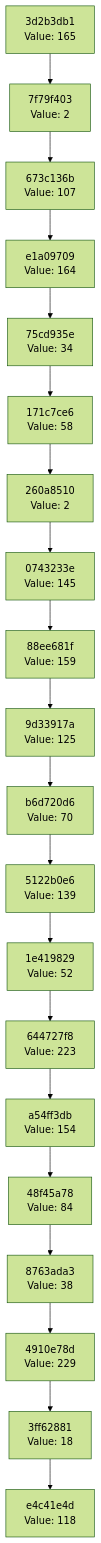
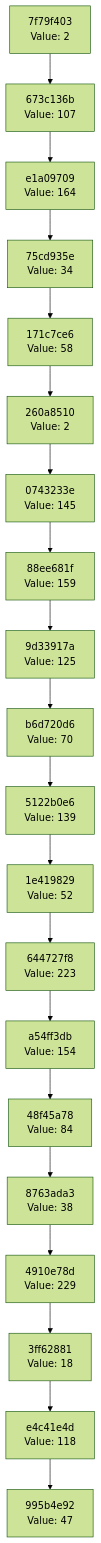
The diagram in docs/CHAIN_VISUALIZATION.md (Abhisheksinha1506/hash-chain-evolver), drawn with Mermaid (forest theme) before and after one commit. The commit also changed 2 other files, not shown here.

Commit message:
Evolution Step

````diff
--- a/docs/CHAIN_VISUALIZATION.md
+++ b/docs/CHAIN_VISUALIZATION.md
@@ -3,42 +3,42 @@
 ```mermaid
 graph TD
-    C0["e4c41e4d<br/>Value: 118"]
-    C1["3ff62881<br/>Value: 18"]
+    C0["995b4e92<br/>Value: 47"]
+    C1["e4c41e4d<br/>Value: 118"]
     C1 --> C0
-    C2["4910e78d<br/>Value: 229"]
+    C2["3ff62881<br/>Value: 18"]
     C2 --> C1
-    C3["8763ada3<br/>Value: 38"]
+    C3["4910e78d<br/>Value: 229"]
     C3 --> C2
-    C4["48f45a78<br/>Value: 84"]
+    C4["8763ada3<br/>Value: 38"]
     C4 --> C3
-    C5["a54ff3db<br/>Value: 154"]
+    C5["48f45a78<br/>Value: 84"]
     C5 --> C4
-    C6["644727f8<br/>Value: 223"]
+    C6["a54ff3db<br/>Value: 154"]
     C6 --> C5
-    C7["1e419829<br/>Value: 52"]
+    C7["644727f8<br/>Value: 223"]
     C7 --> C6
-    C8["5122b0e6<br/>Value: 139"]
+    C8["1e419829<br/>Value: 52"]
     C8 --> C7
-    C9["b6d720d6<br/>Value: 70"]
+    C9["5122b0e6<br/>Value: 139"]
     C9 --> C8
-    C10["9d33917a<br/>Value: 125"]
+    C10["b6d720d6<br/>Value: 70"]
     C10 --> C9
-    C11["88ee681f<br/>Value: 159"]
+    C11["9d33917a<br/>Value: 125"]
     C11 --> C10
-    C12["0743233e<br/>Value: 145"]
+    C12["88ee681f<br/>Value: 159"]
     C12 --> C11
-    C13["260a8510<br/>Value: 2"]
+    C13["0743233e<br/>Value: 145"]
     C13 --> C12
-    C14["171c7ce6<br/>Value: 58"]
+    C14["260a8510<br/>Value: 2"]
     C14 --> C13
-    C15["75cd935e<br/>Value: 34"]
+    C15["171c7ce6<br/>Value: 58"]
     C15 --> C14
-    C16["e1a09709<br/>Value: 164"]
+    C16["75cd935e<br/>Value: 34"]
     C16 --> C15
-    C17["673c136b<br/>Value: 107"]
+    C17["e1a09709<br/>Value: 164"]
     C17 --> C16
-    C18["7f79f403<br/>Value: 2"]
+    C18["673c136b<br/>Value: 107"]
     C18 --> C17
-    C19["3d2b3db1<br/>Value: 165"]
+    C19["7f79f403<br/>Value: 2"]
     C19 --> C18
 ```
````
